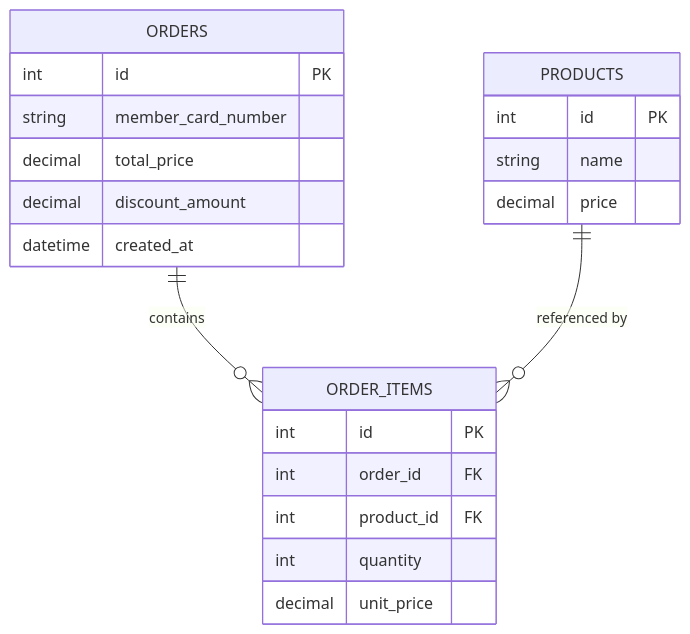
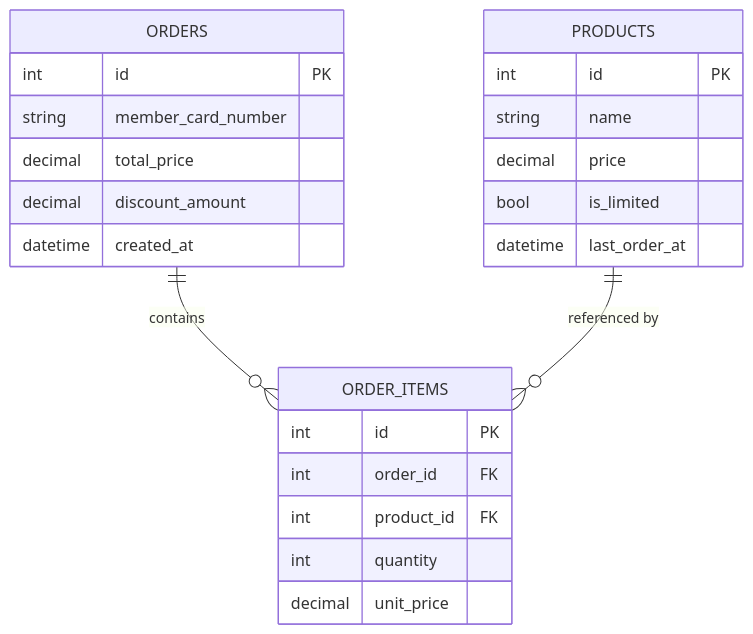
One commit to telio-s/foodstoreapp changed the second of 2 diagrams in CLAUDE.md. Above: the diagram before and after it, drawn with Mermaid. The commit also changed other lines of this file and 21 other files, not shown here.

````diff
--- a/CLAUDE.md
+++ b/CLAUDE.md
@@ -65,27 +65,29 @@
 ```mermaid
 erDiagram
     PRODUCTS {
         int id PK
         string name
         decimal price
+        bool is_limited
+        datetime last_order_at
     }
 
     ORDERS {
         int id PK
         string member_card_number
         decimal total_price
         decimal discount_amount
         datetime created_at
     }
 
     ORDER_ITEMS {
         int id PK
         int order_id FK
         int product_id FK
         int quantity
         decimal unit_price
     }
 
     ORDERS ||--o{ ORDER_ITEMS : contains
     PRODUCTS ||--o{ ORDER_ITEMS : "referenced by"
 ```
````
